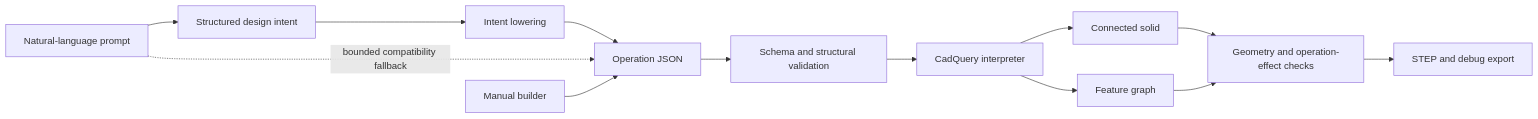
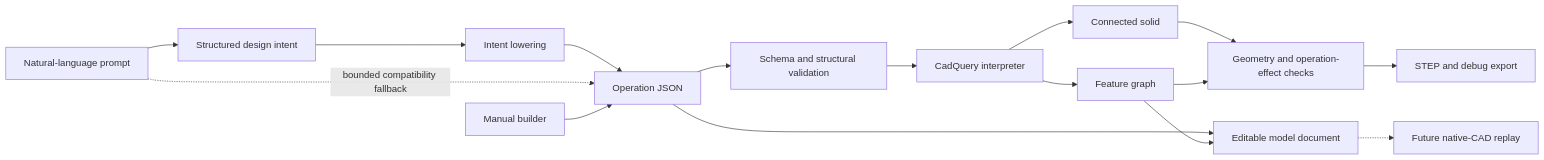
The diagram in docs/architecture.md (DrewTobias27/Prompt2ParametricCAD), drawn with Mermaid before and after one commit. The commit also changed other lines of this file and 6 other files, not shown here.

````diff
--- a/docs/architecture.md
+++ b/docs/architecture.md
@@ -8,15 +8,18 @@
 ```mermaid
 flowchart LR
     P["Natural-language prompt"] --> I["Structured design intent"]
     I --> L["Intent lowering"]
     L --> J["Operation JSON"]
     P -. "bounded compatibility fallback" .-> J
     M["Manual builder"] --> J
     J --> V["Schema and structural validation"]
     V --> B["CadQuery interpreter"]
     B --> S["Connected solid"]
     B --> G["Feature graph"]
+    J --> D["Editable model document"]
+    G --> D
     S --> Q["Geometry and operation-effect checks"]
     G --> Q
     Q --> E["STEP and debug export"]
+    D -.-> N["Future native-CAD replay"]
 ```
````
